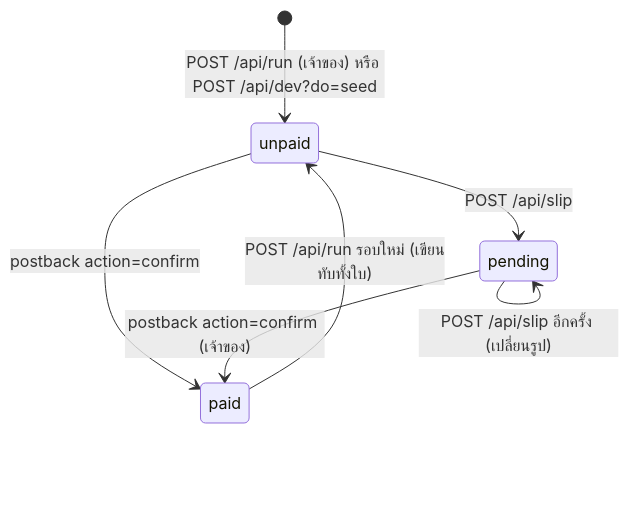
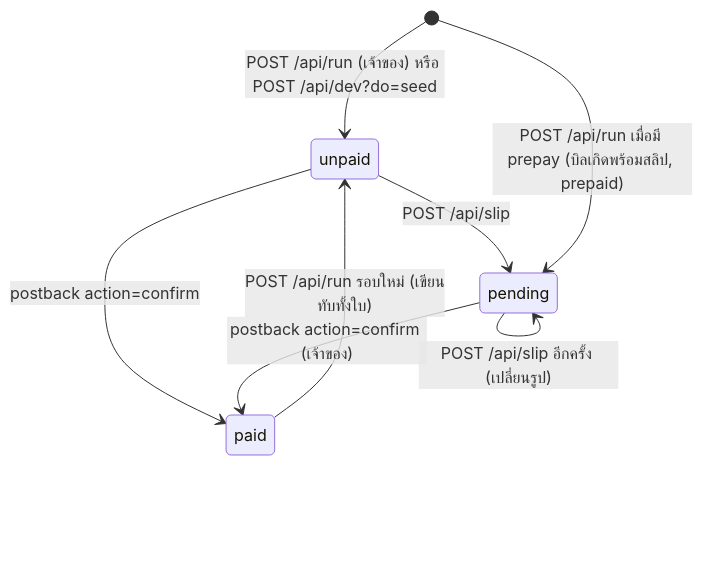
Before and after one commit to WinTuner/Dormplus-prototype: the second of 2 diagrams in line-app/docs/ARCHITECTURE.md, drawn with Mermaid. The commit also changed other lines of this file and 12 other files, not shown here.

````diff
--- a/line-app/docs/ARCHITECTURE.md
+++ b/line-app/docs/ARCHITECTURE.md
@@ -106,9 +107,10 @@
 ```mermaid
 stateDiagram-v2
   [*] --> unpaid: POST /api/run (เจ้าของ) หรือ POST /api/dev?do=seed
   unpaid --> pending: POST /api/slip
   pending --> pending: POST /api/slip อีกครั้ง (เปลี่ยนรูป)
   unpaid --> paid: postback action=confirm
   pending --> paid: postback action=confirm (เจ้าของ)
   paid --> unpaid: POST /api/run รอบใหม่ (เขียนทับทั้งใบ)
+  [*] --> pending: POST /api/run เมื่อมี prepay (บิลเกิดพร้อมสลิป, prepaid)
 ```
````
